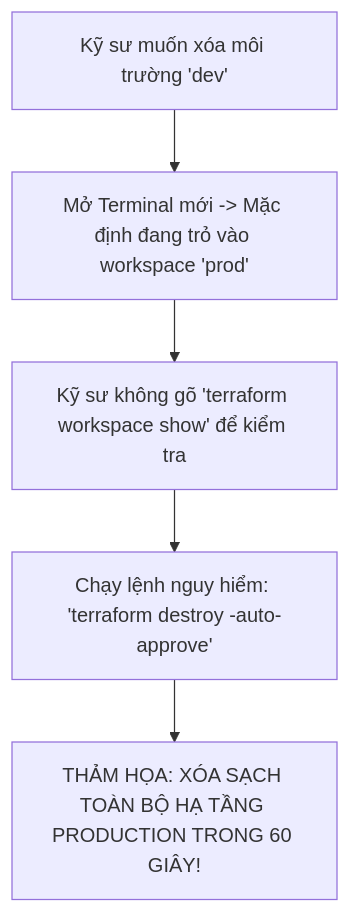
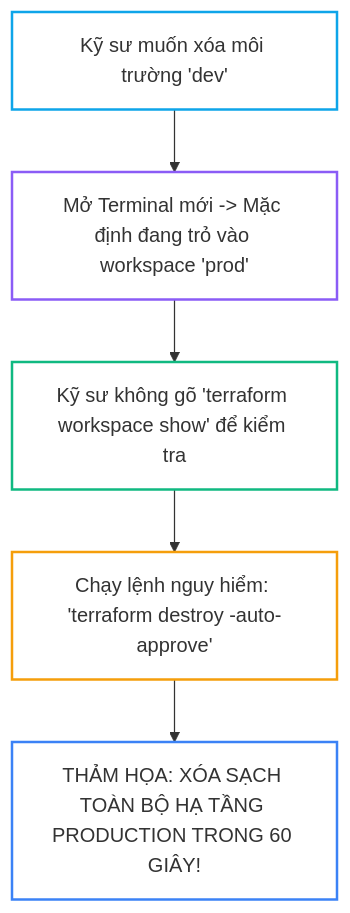
The fourth of 4 diagrams in _posts/2026-09-13-terraform-12-12-quan-tri-da-moi-truong-terraform-workspaces-vs-directory-layout-terragrunt.md (kiennt308/ntk), drawn with Mermaid before and after one commit. The commit also changed other lines of this file and 26 other files, not shown here.

Commit message:
style(terraform): standardize presentation, complete titles & summaries, tailor tldr, and optimize lab tables & mermaid across Bài 05 to Bài 31

````diff
--- a/_posts/2026-09-13-terraform-12-12-quan-tri-da-moi-truong-terraform-workspaces-vs-directory-layout-terragrunt.md
+++ b/_posts/2026-09-13-terraform-12-12-quan-tri-da-moi-truong-terraform-workspaces-vs-directory-layout-terragrunt.md
@@ -219,9 +237,13 @@
 ```mermaid
 flowchart TD
     A["Kỹ sư muốn xóa môi trường 'dev'"] --> B["Mở Terminal mới -&gt; Mặc định đang trỏ vào workspace 'prod'"]
     B --> C["Kỹ sư không gõ 'terraform workspace show' để kiểm tra"]
     C --> D["Chạy lệnh nguy hiểm: 'terraform destroy -auto-approve'"]
     D --> E["THẢM HỌA: XÓA SẠCH TOÀN BỘ HẠ TẦNG PRODUCTION TRONG 60 GIÂY!"]
 
-
+    style E fill:none,stroke:#3b82f6,stroke-width:2px
+    style A fill:none,stroke:#0ea5e9,stroke-width:2px
+    style C fill:none,stroke:#10b981,stroke-width:2px
+    style D fill:none,stroke:#f59e0b,stroke-width:2px
+    style B fill:none,stroke:#8b5cf6,stroke-width:2px
 ```
````
